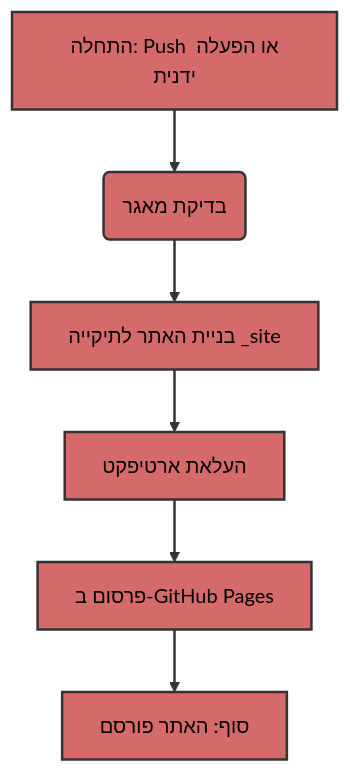
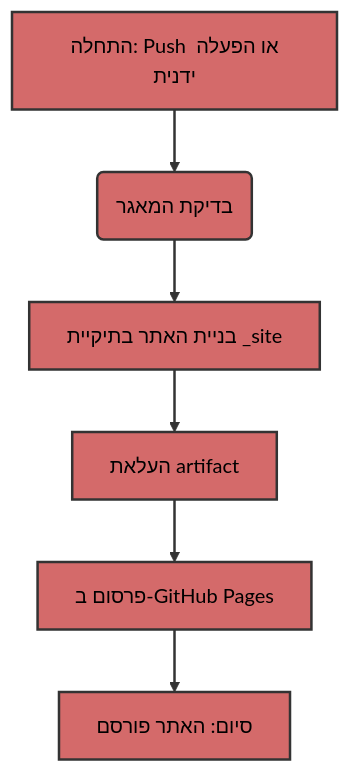
One commit to hypo69/1001-python-he changed the diagram in cheatsheets/jekyll.md. Above: the diagram before and after it, drawn with Mermaid (forest theme). The commit also changed other lines of this file and 869 other files, not shown here.

````diff
--- a/cheatsheets/jekyll.md
+++ b/cheatsheets/jekyll.md
@@ -115,17 +119,17 @@
 ```mermaid
 graph TD
-    A[התחלה: Push או הפעלה ידנית] --> B(בדיקת מאגר);
-    B --> C[בניית האתר לתיקייה _site];
-    C --> D[העלאת ארטיפקט];
+    A[התחלה: Push או הפעלה ידנית] --> B(בדיקת המאגר);
+    B --> C[בניית האתר בתיקיית _site];
+    C --> D[העלאת artifact];
     D --> E[פרסום ב-GitHub Pages];
-    E --> F[סוף: האתר פורסם];
+    E --> F[סיום: האתר פורסם];
 
     style A fill:#D46A6A,stroke:#333,stroke-width:2px
     style B fill:#D46A6A,stroke:#333,stroke-width:2px
     style C fill:#D46A6A,stroke:#333,stroke-width:2px
     style D fill:#D46A6A,stroke:#333,stroke-width:2px
     style E fill:#D46A6A,stroke:#333,stroke-width:2px
     style F fill:#D46A6A,stroke:#333,stroke-width:2px
 
     linkStyle 0,1,2,3,4 stroke:#333,stroke-width:2px
 ```
````
